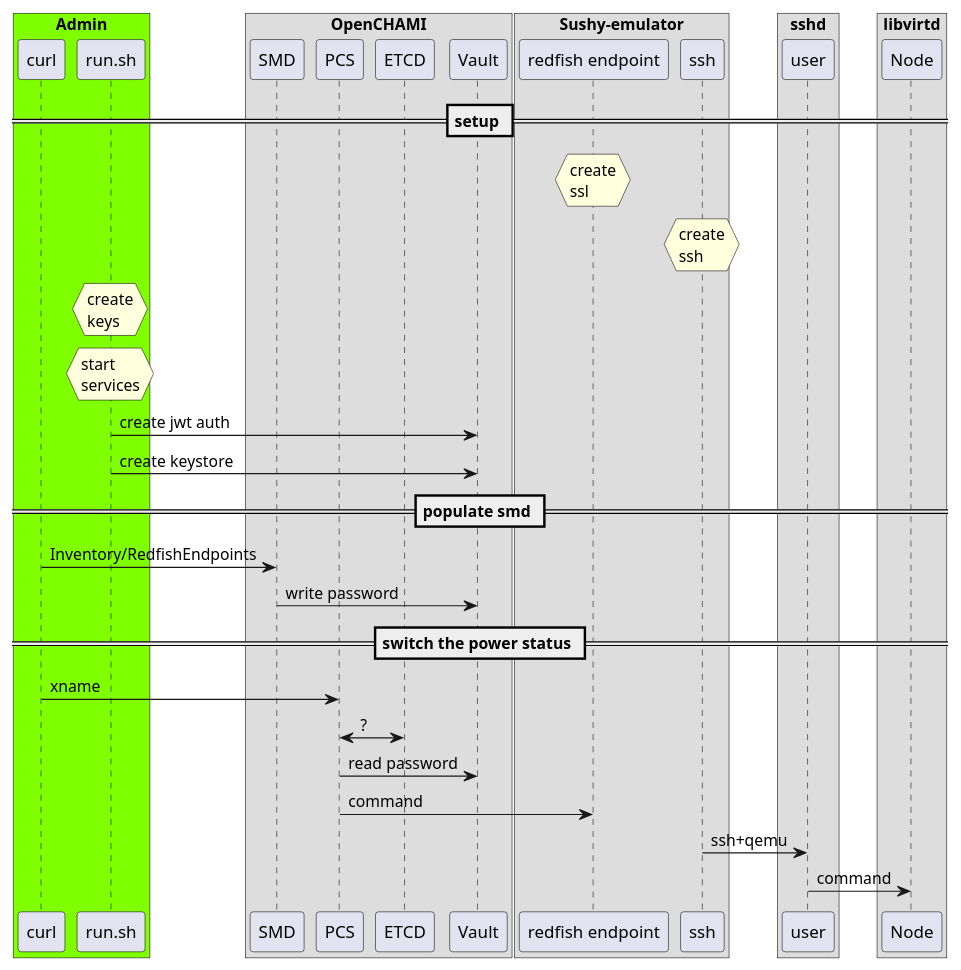
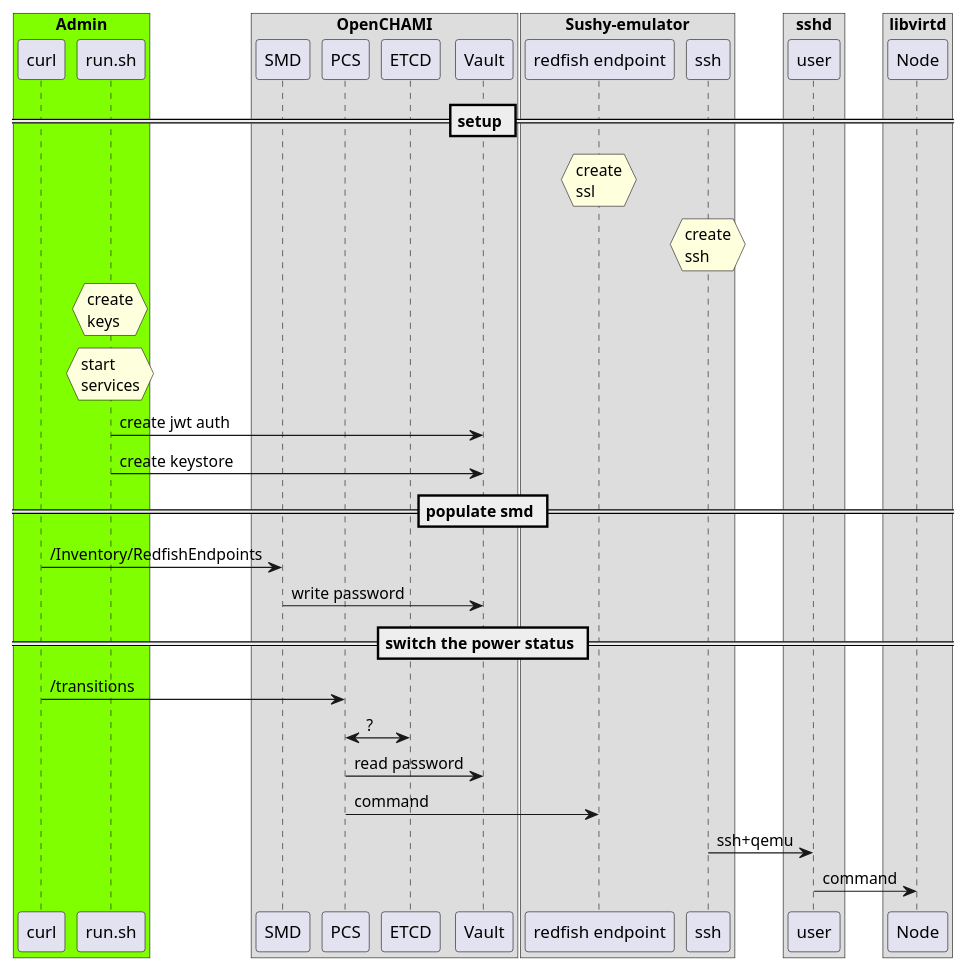
One commit to OpenCHAMI/deployment-recipes changed the diagram in quickstart/assets/sequence-openchami-testing-environment.plantuml. Above: the diagram before and after it, drawn with PlantUML. The commit also changed 3 other files, not shown here.

Commit message:
docs: update diagram

```diff
--- a/quickstart/assets/sequence-openchami-testing-environment.plantuml
+++ b/quickstart/assets/sequence-openchami-testing-environment.plantuml
@@ -1,53 +1,53 @@
 @startuml
 
 Box "Admin" #chartreuse
 participant curl
 participant run as "run.sh"
 end box
 
 Box "OpenCHAMI"
 participant smd as "SMD"
 participant pcs as "PCS"
 participant etcd as "ETCD"
 participant vault as "Vault"
 end box
 
 Box "Sushy-emulator"
 participant sushy_emulator_rfe as "redfish endpoint"
 participant sushy_emulator_ssh as "ssh"
 end box
 
 Box "sshd"
 participant user
 end box
 
 Box "libvirtd"
 participant virtual_node as "Node"
 end box
 
 == setup ==
 
 hnote over sushy_emulator_rfe : create\nssl
 hnote over sushy_emulator_ssh : create\nssh
 
 hnote over run : create\nkeys
 hnote over run : start\nservices
 
 run -> vault : create jwt auth
 run -> vault : create keystore
 
 == populate smd ==
 
-curl -> smd : Inventory/RedfishEndpoints
+curl -> smd : /Inventory/RedfishEndpoints
 smd -> vault : write password
 
 == switch the power status ==
 
-curl -> pcs : xname
+curl -> pcs : /transitions
 pcs <-> etcd : ?
 pcs -> vault : read password
 pcs -> sushy_emulator_rfe : command
 sushy_emulator_ssh -> user : ssh+qemu
 user -> virtual_node : command
 
 @enduml
```
